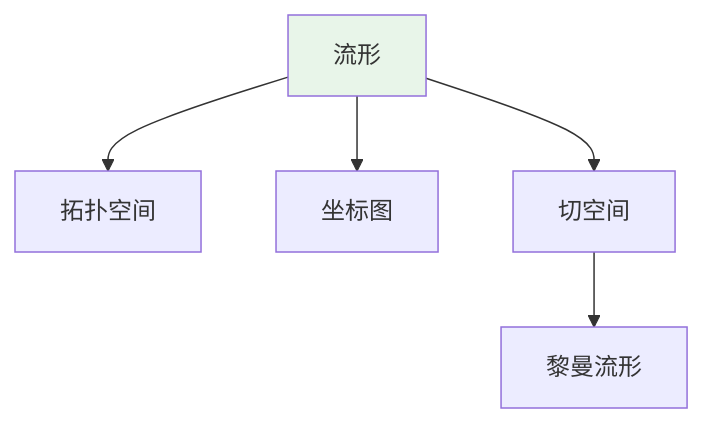
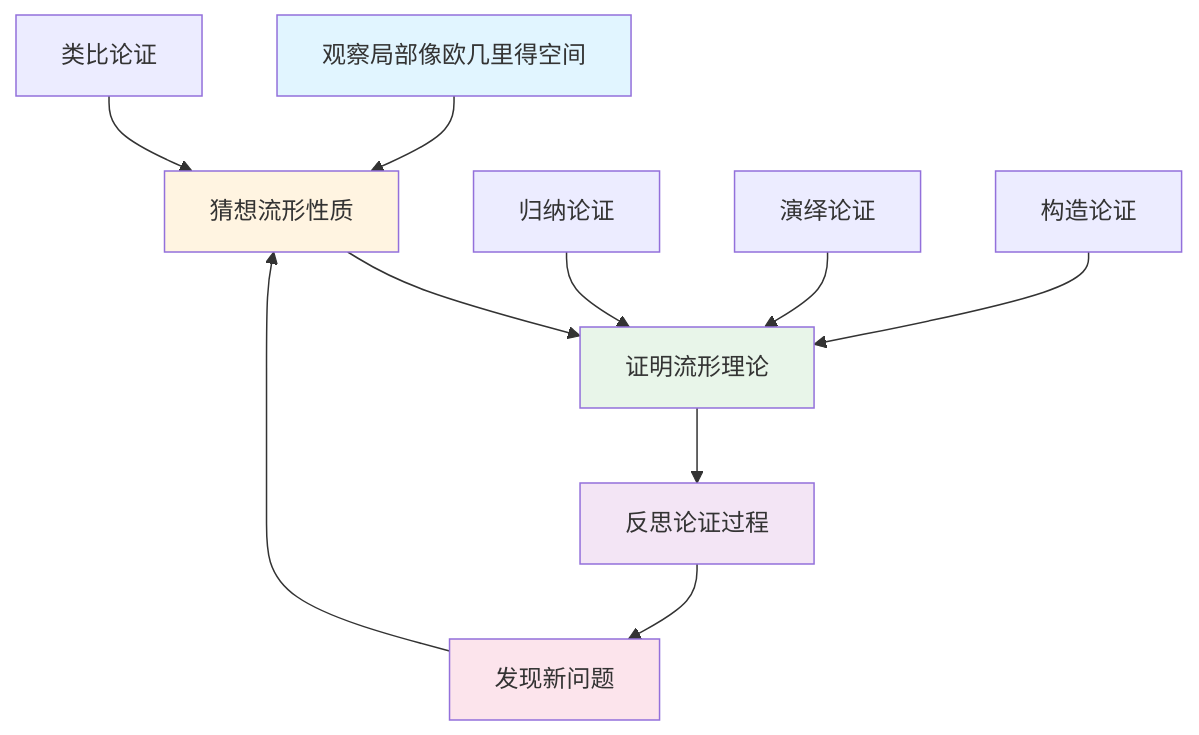
One commit to AdaMartin18010/FormalMath changed the fifth of 11 diagrams in concept/核心概念/18-流形.md. Above: the diagram before and after it, drawn with Mermaid. The commit also changed other lines of this file and 4793 other files, not shown here.

````diff
--- a/concept/核心概念/18-流形.md
+++ b/concept/核心概念/18-流形.md
@@ -697,9 +1512,19 @@
 ```mermaid
 graph TD
-    A[流形] --> B[拓扑空间]
-    A --> C[坐标图]
-    A --> D[切空间]
-    D --> E[黎曼流形]
+    A[观察局部像欧几里得空间] --> B[猜想流形性质]
+    B --> C[证明流形理论]
+    C --> D[反思论证过程]
+    D --> E[发现新问题]
+    E --> B
 
-    style A fill:#e8f5e9
+    F[归纳论证] --> C
+    G[演绎论证] --> C
+    H[类比论证] --> B
+    I[构造论证] --> C
+
+    style A fill:#e1f5ff
+    style B fill:#fff4e1
+    style C fill:#e8f5e9
+    style D fill:#f3e5f5
+    style E fill:#fce4ec
 ```
````
